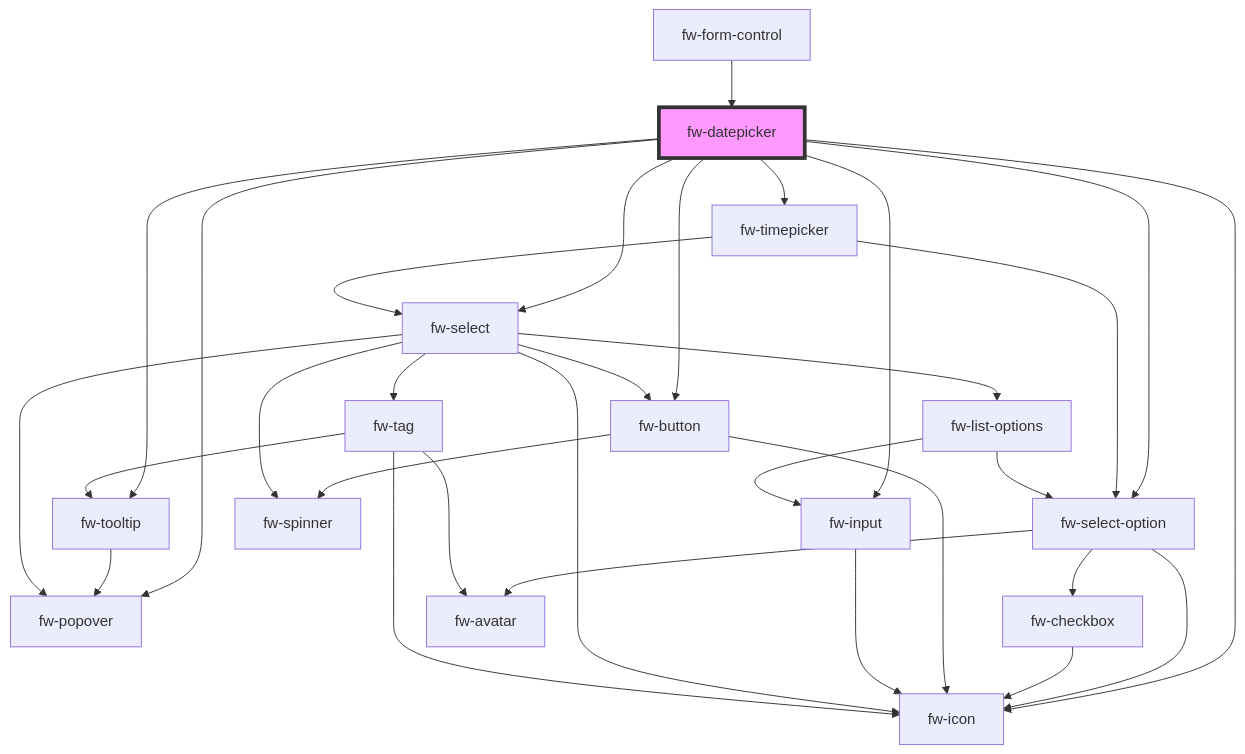
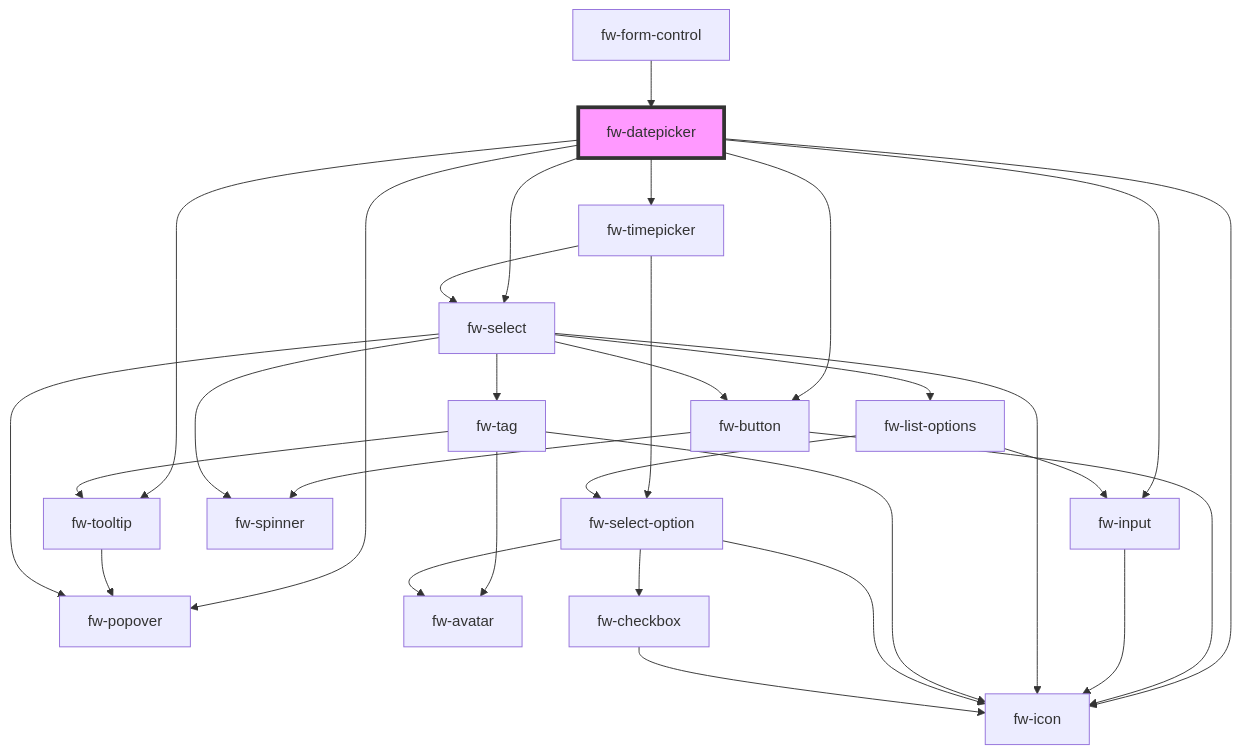
Before and after one commit to freshworks/crayons: the diagram in packages/crayons-core/src/components/datepicker/readme.md, drawn with Mermaid. The commit also changed other lines of this file and 1 other file, not shown here.

Commit message:
fix(fw-datepicker): fix comments

````diff
--- a/packages/crayons-core/src/components/datepicker/readme.md
+++ b/packages/crayons-core/src/components/datepicker/readme.md
@@ -314,34 +313,33 @@
 ```mermaid
 graph TD;
   fw-datepicker --> fw-tooltip
   fw-datepicker --> fw-icon
-  fw-datepicker --> fw-select-option
   fw-datepicker --> fw-button
   fw-datepicker --> fw-input
   fw-datepicker --> fw-timepicker
   fw-datepicker --> fw-popover
   fw-datepicker --> fw-select
   fw-tooltip --> fw-popover
-  fw-select-option --> fw-icon
-  fw-select-option --> fw-checkbox
-  fw-select-option --> fw-avatar
-  fw-checkbox --> fw-icon
   fw-button --> fw-spinner
   fw-button --> fw-icon
   fw-input --> fw-icon
   fw-timepicker --> fw-select
   fw-timepicker --> fw-select-option
   fw-select --> fw-tag
   fw-select --> fw-popover
   fw-select --> fw-button
   fw-select --> fw-spinner
   fw-select --> fw-icon
   fw-select --> fw-list-options
   fw-tag --> fw-tooltip
   fw-tag --> fw-avatar
   fw-tag --> fw-icon
   fw-list-options --> fw-select-option
   fw-list-options --> fw-input
+  fw-select-option --> fw-icon
+  fw-select-option --> fw-checkbox
+  fw-select-option --> fw-avatar
+  fw-checkbox --> fw-icon
   fw-form-control --> fw-datepicker
   style fw-datepicker fill:#f9f,stroke:#333,stroke-width:4px
 ```
````
